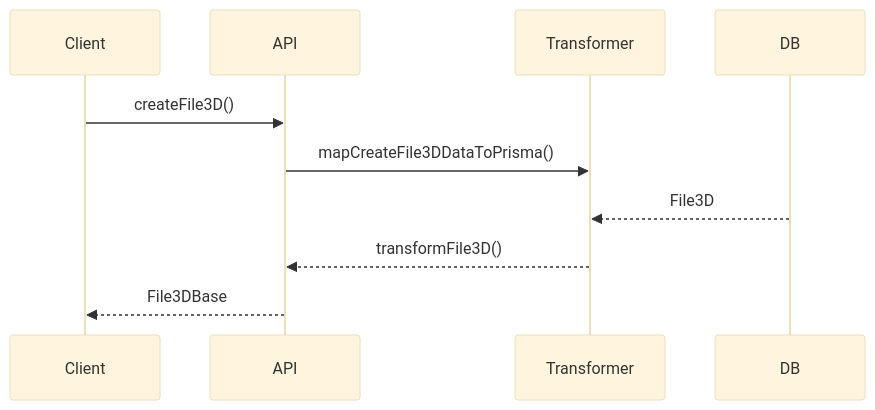
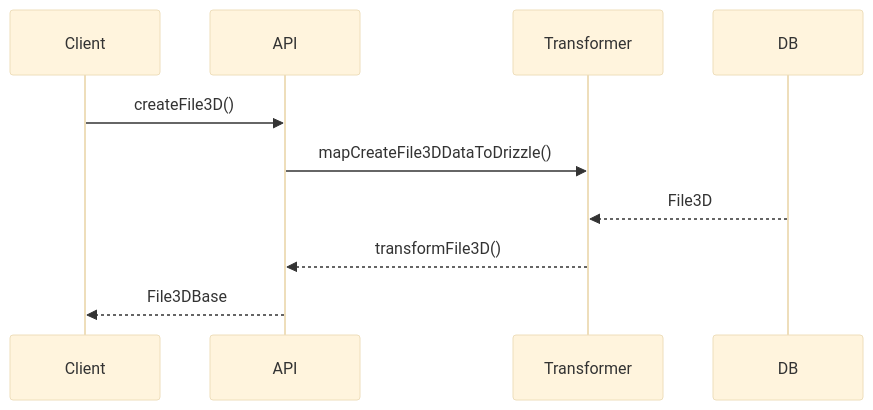
The second of 2 diagrams in src/types/entities/file3d/documentation.md (gvastethecreator/media-manager), drawn with Mermaid (base theme) before and after one commit. The commit also changed 185 other files, not shown here.

````diff
--- a/src/types/entities/file3d/documentation.md
+++ b/src/types/entities/file3d/documentation.md
@@ -52,13 +52,13 @@
 ```mermaid
 sequenceDiagram
     participant Client
     participant API
     participant Transformer
     participant DB
     Client->>API: createFile3D()
-    API->>Transformer: mapCreateFile3DDataToPrisma()
+    API->>Transformer: mapCreateFile3DDataToDrizzle()
     
     DB-->>Transformer: File3D
     Transformer-->>API: transformFile3D()
     API-->>Client: File3DBase
 ```
````
